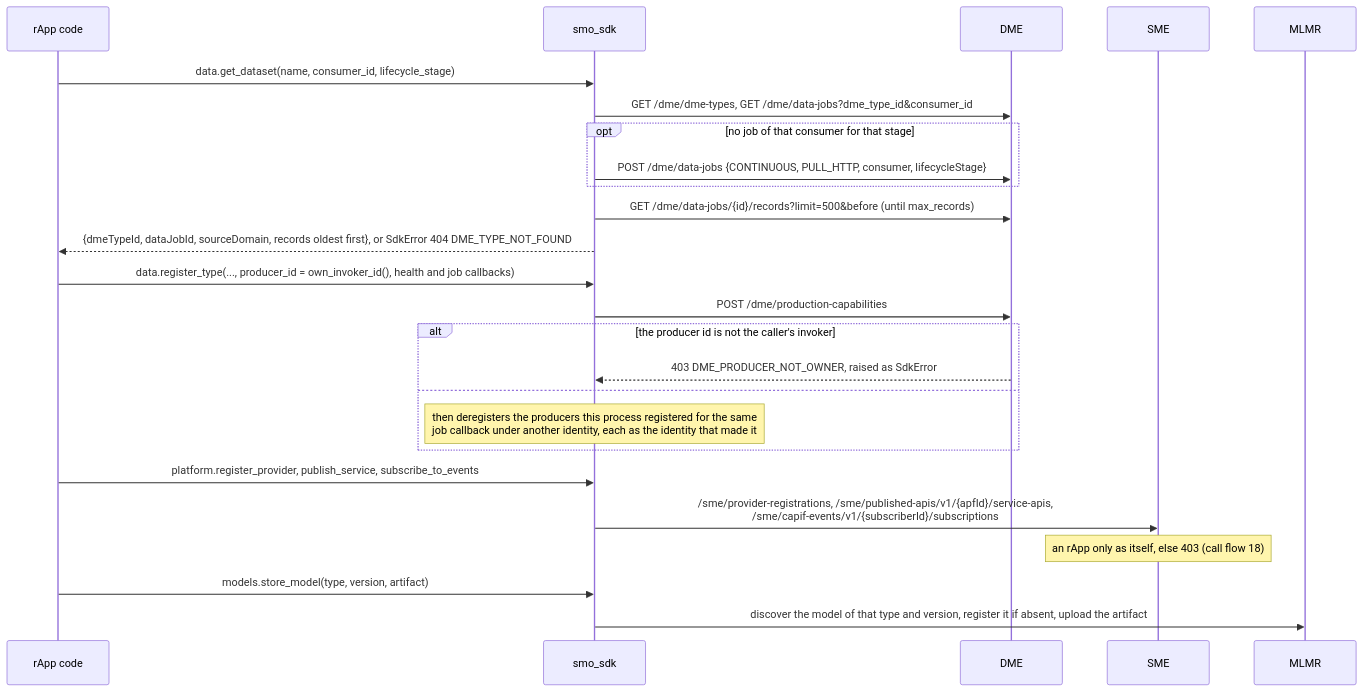
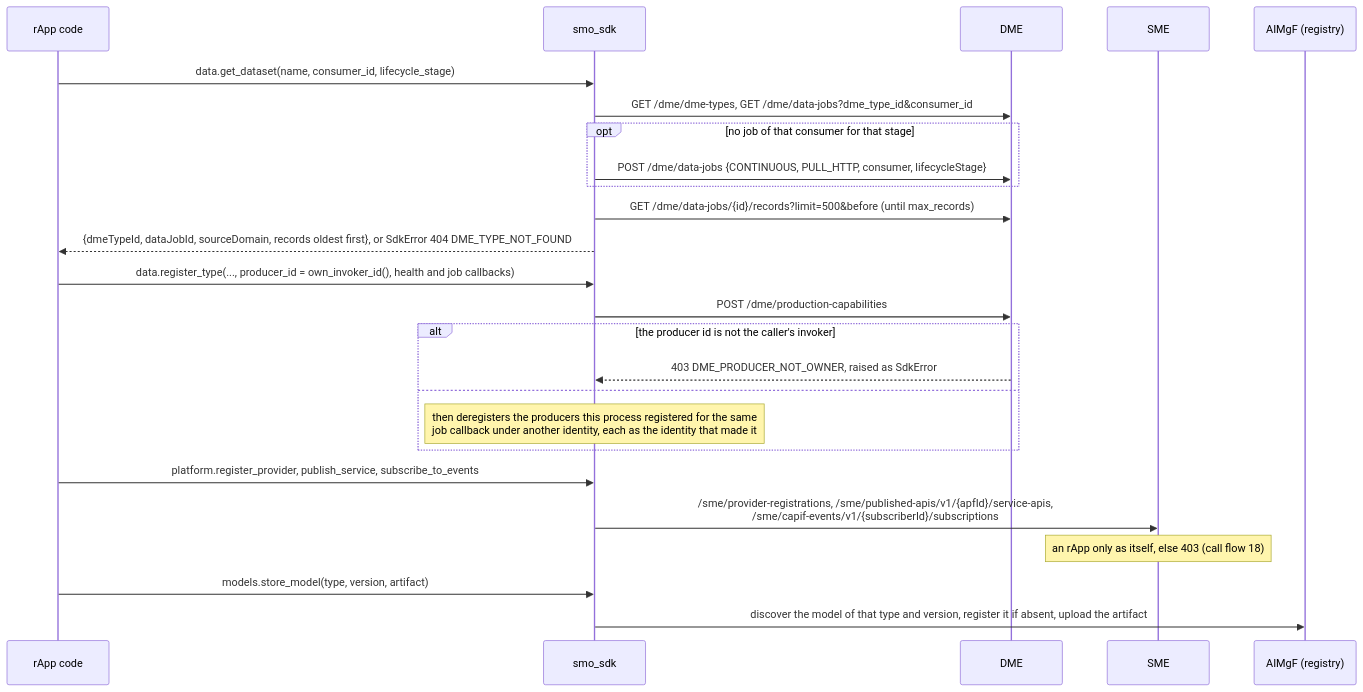
The fourth of 5 diagrams in smo/sdk/docs/lifecycle.md (rsys-bshankar/ai-ran-smo), drawn with Mermaid before and after one commit. The commit also changed 265 other files, not shown here.

First line of the commit message:
Every caller on /aimgf; MLMR and MLLF removed (S2.4, S2.8, S2.9) (#569)

````diff
--- a/smo/sdk/docs/lifecycle.md
+++ b/smo/sdk/docs/lifecycle.md
@@ -150,28 +150,28 @@
 ```mermaid
 sequenceDiagram
     participant App as rApp code
     participant SDK as smo_sdk
     participant DME as DME
     participant SME as SME
-    participant MLMR as MLMR
+    participant AIMGF as AIMgF (registry)
 
     App->>SDK: data.get_dataset(name, consumer_id, lifecycle_stage)
     SDK->>DME: GET /dme/dme-types, GET /dme/data-jobs?dme_type_id&consumer_id
     opt no job of that consumer for that stage
         SDK->>DME: POST /dme/data-jobs {CONTINUOUS, PULL_HTTP, consumer, lifecycleStage}
     end
     SDK->>DME: GET /dme/data-jobs/{id}/records?limit=500&before (until max_records)
     SDK-->>App: {dmeTypeId, dataJobId, sourceDomain, records oldest first}, or SdkError 404 DME_TYPE_NOT_FOUND
     App->>SDK: data.register_type(..., producer_id = own_invoker_id(), health and job callbacks)
     SDK->>DME: POST /dme/production-capabilities
     alt the producer id is not the caller's invoker
         DME-->>SDK: 403 DME_PRODUCER_NOT_OWNER, raised as SdkError
     else
         Note over SDK: then deregisters the producers this process registered for the same<br/>job callback under another identity, each as the identity that made it
     end
     App->>SDK: platform.register_provider, publish_service, subscribe_to_events
     SDK->>SME: /sme/provider-registrations, /sme/published-apis/v1/{apfId}/service-apis,<br/>/sme/capif-events/v1/{subscriberId}/subscriptions
     Note over SME: an rApp only as itself, else 403 (call flow 18)
     App->>SDK: models.store_model(type, version, artifact)
-    SDK->>MLMR: discover the model of that type and version, register it if absent, upload the artifact
+    SDK->>AIMGF: discover the model of that type and version, register it if absent, upload the artifact
 ```
````
